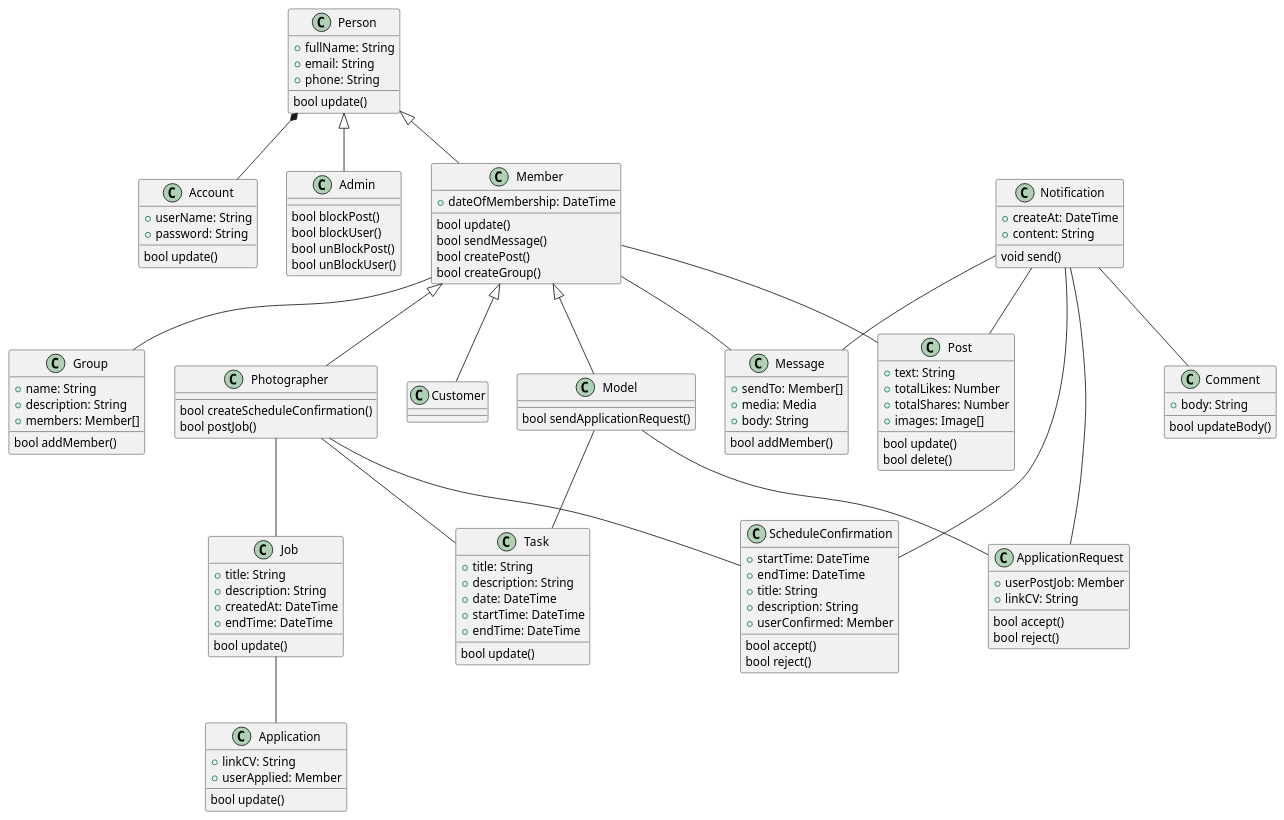
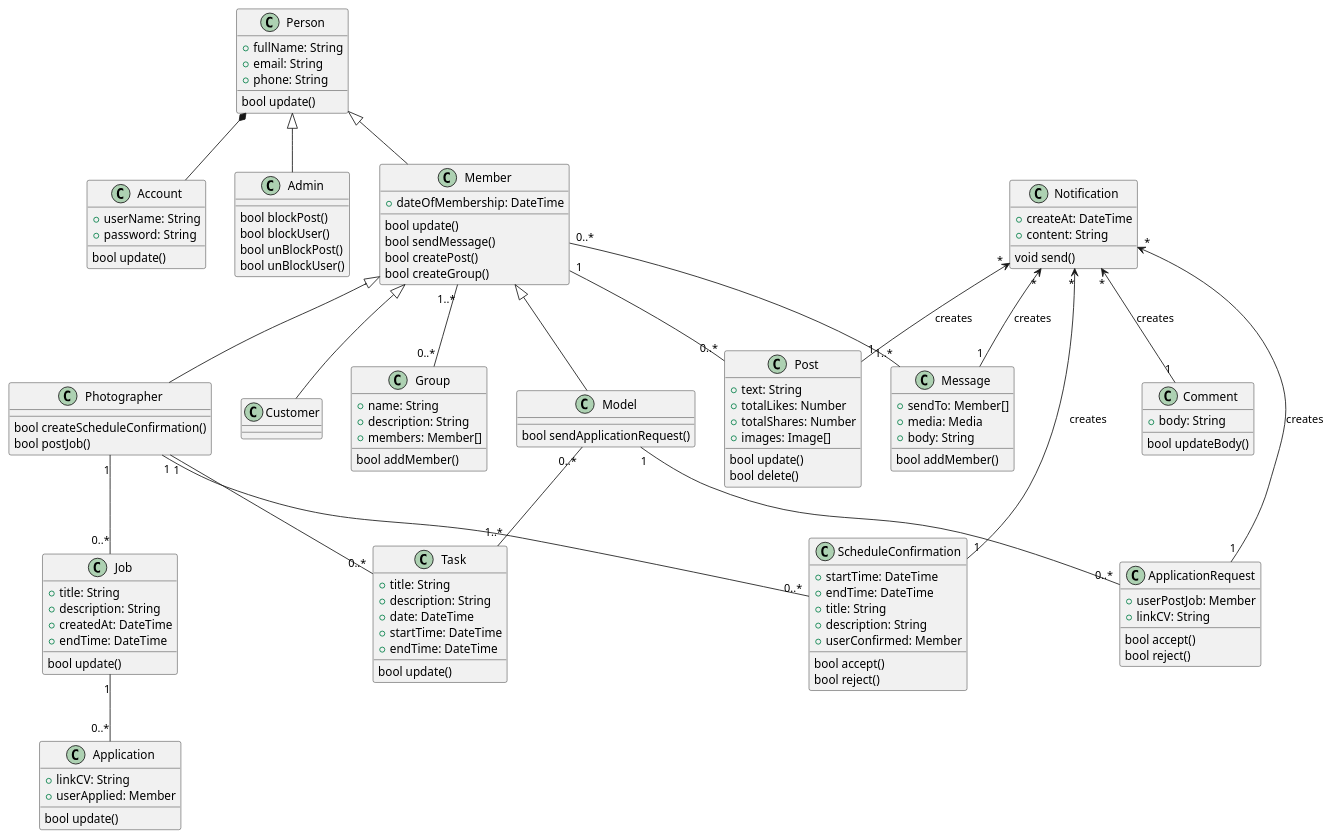
Before and after one commit to iawtk2302/SE357-Pratice-class: the diagram in Lab1/Lab1.2/class_diagram.plantuml, drawn with PlantUML. The commit also changed 1 other file, not shown here.

Commit message:
fix class diagram

```diff
--- a/Lab1/Lab1.2/class_diagram.plantuml
+++ b/Lab1/Lab1.2/class_diagram.plantuml
@@ -1,144 +1,144 @@
 @startuml
 
 class Account {
   + userName: String
   + password: String
   bool update()
 }
 
 class Person {
   + fullName: String
   + email: String
   + phone: String
   bool update()
 }
 
 class Admin {
   bool blockPost()
   bool blockUser()
   bool unBlockPost()
   bool unBlockUser()
 }
 
 class Member{
   + dateOfMembership: DateTime
   bool update()
   bool sendMessage()
   bool createPost()
   bool createGroup()
 }
 
 class Photographer {
   bool createScheduleConfirmation()
   bool postJob()
 }
 
 class Model {
   bool sendApplicationRequest()
 }
 
 class Customer {
   
 }
 
 class Job {
   + title: String
   + description: String
   + createdAt: DateTime
   + endTime: DateTime
   bool update()
 }
 
 class Application {
   + linkCV: String
   + userApplied: Member
   bool update()
 }
 
 class Task {
   + title: String
   + description: String
   + date: DateTime
   + startTime: DateTime
   + endTime: DateTime
   bool update()
 }
 
 class ScheduleConfirmation {
   + startTime: DateTime
   + endTime: DateTime
   + title: String
   + description: String
   + userConfirmed: Member
   bool accept()
   bool reject()
 }
 
 class ApplicationRequest {
   + userPostJob: Member
   + linkCV: String
   bool accept()
   bool reject()
 }
 
 class Message {
   + sendTo: Member[]
   + media: Media
   + body: String
   bool addMember()
 }
 
 class Notification {
   + createAt: DateTime
   + content: String
   void send()
 }
 
 class Post {
   + text: String
   + totalLikes: Number
   + totalShares: Number
   + images: Image[]
   bool update()
   bool delete()
 }
 
 class Comment {
   + body: String
   bool updateBody()
 }
 
 class Group {
   + name: String
   + description: String
   + members: Member[]
   bool addMember()
 }
 
 Person *-- Account
 Person <|-- Admin
 Person <|-- Member
 
 Member <|-- Photographer
 Member <|-- Model
 Member <|-- Customer
-Member -- Group
-Member -- Post
-Member -- Message
+Member "1..*"--"0..*" Group
+Member "1"--"0..*" Post
+Member "0..*"--"1..*" Message
 
-Photographer -- Job
-Photographer -- Task
-Photographer -- ScheduleConfirmation
-Job -- Application
+Photographer "1"--"0..*" Job
+Photographer "1"--"0..*" Task
+Photographer "1"--"0..*" ScheduleConfirmation
+Job "1"--"0..*" Application
 
-Model -- Task
-Model -- ApplicationRequest
+Model "0..*"--"1..*" Task
+Model "1"--"0..*" ApplicationRequest
 
 
-Notification -- ScheduleConfirmation
-Notification -- ApplicationRequest
-Notification -- Message
-Notification -- Post
-Notification -- Comment
+Notification "*"<--"1" ScheduleConfirmation : creates
+Notification "*"<--"1" ApplicationRequest: creates
+Notification "*"<--"1" Message: creates
+Notification "*"<--"1" Post: creates
+Notification "*"<--"1" Comment: creates
 
 @enduml
```
